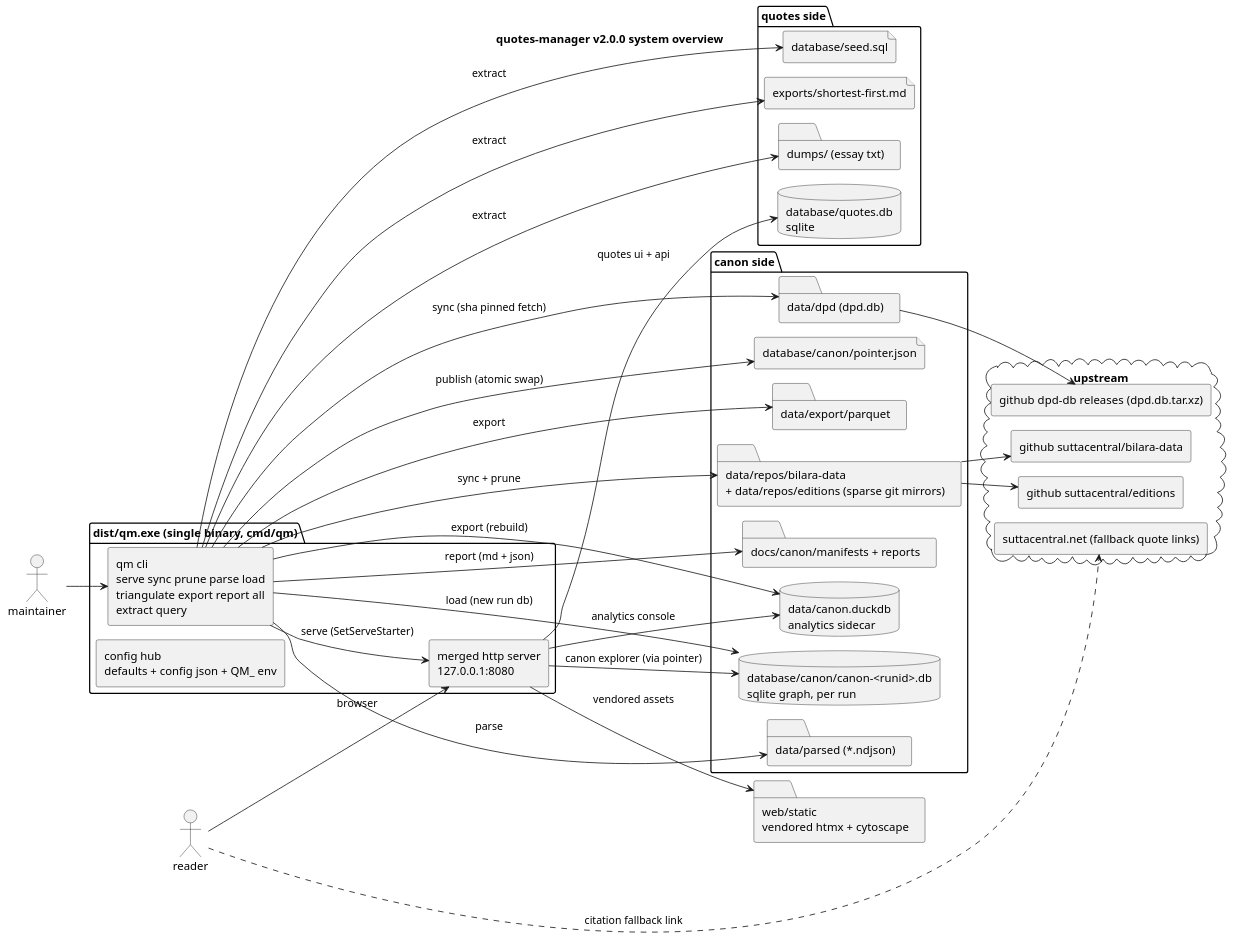
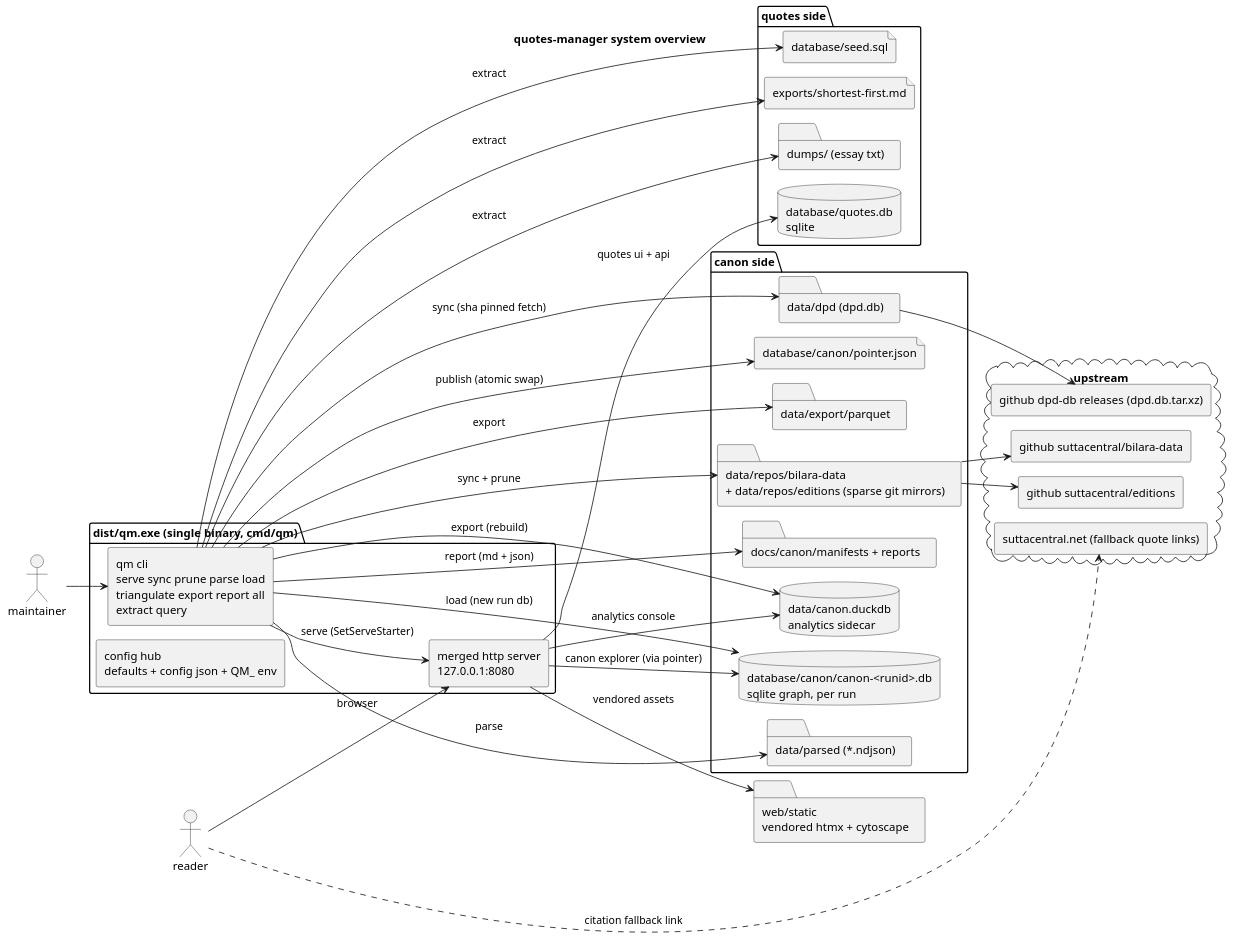
Before and after one commit to lavantien/quotes-manager: the diagram in docs/diagrams/01-system-overview.puml, drawn with PlantUML. The commit also changed 5 other files, not shown here.

```diff
--- a/docs/diagrams/01-system-overview.puml
+++ b/docs/diagrams/01-system-overview.puml
@@ -1,66 +1,66 @@
 @startuml 01-system-overview
 left to right direction
 !pragma layout smetana
 skinparam componentStyle rectangle
-title quotes-manager v2.0.0 system overview
+title quotes-manager system overview
 
 actor "maintainer" as dev
 actor "reader" as user
 
 package "dist/qm.exe (single binary, cmd/qm)" {
   [qm cli\nserve sync prune parse load\ntriangulate export report all\nextract query] as cli
   [merged http server\n127.0.0.1:8080] as http
   [config hub\ndefaults + config json + QM_ env] as cfg
 }
 
 package "quotes side" {
   database "database/quotes.db\nsqlite" as quotesdb
   file "database/seed.sql" as seed
   file "exports/shortest-first.md" as exportmd
   folder "dumps/ (essay txt)" as dumps
 }
 
 package "canon side" {
   database "database/canon/canon-<runid>.db\nsqlite graph, per run" as graphdb
   file "database/canon/pointer.json" as pointer
   database "data/canon.duckdb\nanalytics sidecar" as duck
   folder "data/export/parquet" as parquet
   folder "data/repos/bilara-data\n+ data/repos/editions (sparse git mirrors)" as mirrors
   folder "data/dpd (dpd.db)" as dpd
   folder "data/parsed (*.ndjson)" as parsed
   folder "docs/canon/manifests + reports" as reports
 }
 
 folder "web/static\nvendored htmx + cytoscape" as static
 
 cloud "upstream" {
   [github suttacentral/bilara-data] as up1
   [github suttacentral/editions] as up2
   [github dpd-db releases (dpd.db.tar.xz)] as up3
   [suttacentral.net (fallback quote links)] as scnet
 }
 
 dev --> cli
 cli --> mirrors : sync + prune
 cli --> dpd : sync (sha pinned fetch)
 mirrors --> up1
 mirrors --> up2
 dpd --> up3
 cli --> parsed : parse
 cli --> graphdb : load (new run db)
 cli --> pointer : publish (atomic swap)
 cli --> duck : export (rebuild)
 cli --> parquet : export
 cli --> reports : report (md + json)
 cli --> dumps : extract
 cli --> seed : extract
 cli --> exportmd : extract
 
 cli --> http : serve (SetServeStarter)
 http --> quotesdb : quotes ui + api
 http --> graphdb : canon explorer (via pointer)
 http --> duck : analytics console
 http --> static : vendored assets
 user --> http : browser
 user ..> scnet : citation fallback link
 @enduml
```
